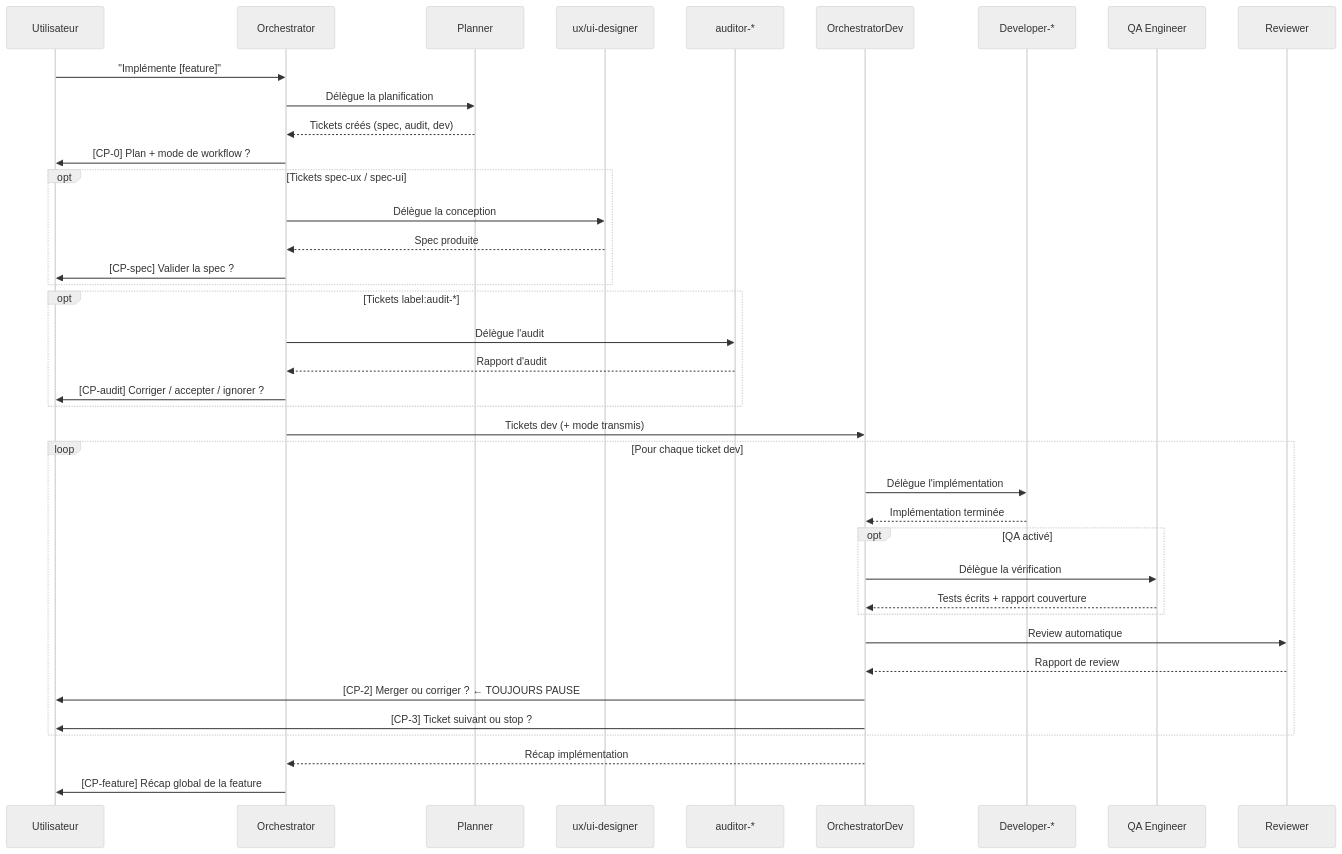
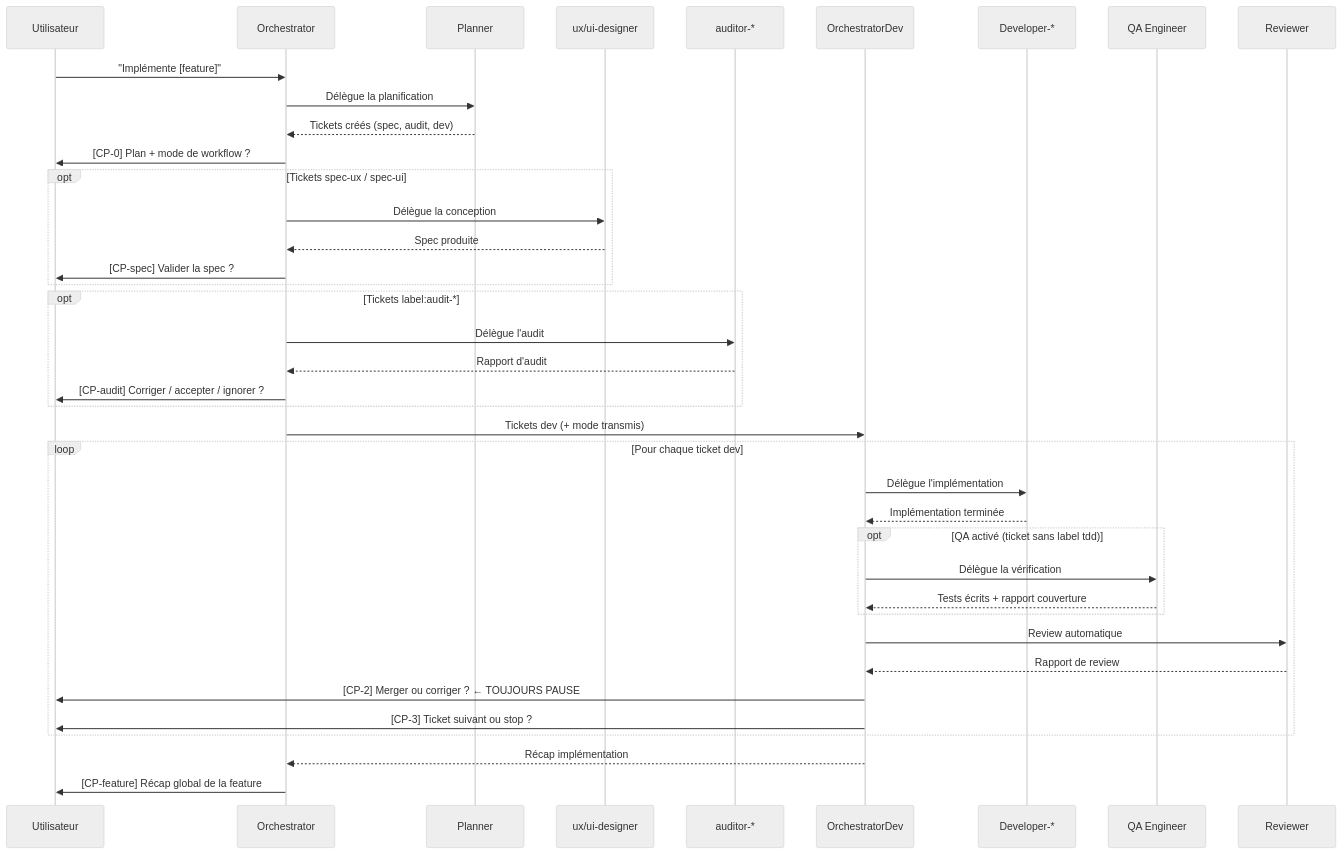
Before and after one commit to datichb/opencode-hub: the second of 3 diagrams in docs/architecture/overview.md, drawn with Mermaid (neutral theme). The commit also changed 5 other files, not shown here.

First line of the commit message:
feat(tdd): support natif du TDD via label de ticket Beads

````diff
--- a/docs/architecture/overview.md
+++ b/docs/architecture/overview.md
@@ -72,46 +72,46 @@
 ```mermaid
 sequenceDiagram
     participant U as Utilisateur
     participant O as Orchestrator
     participant PL as Planner
     participant DS as ux/ui-designer
     participant AU as auditor-*
     participant OD as OrchestratorDev
     participant DEV as Developer-*
     participant QA as QA Engineer
     participant R as Reviewer
 
     U->>O: "Implémente [feature]"
     O->>PL: Délègue la planification
     PL-->>O: Tickets créés (spec, audit, dev)
     O->>U: [CP-0] Plan + mode de workflow ?
 
     opt Tickets spec-ux / spec-ui
         O->>DS: Délègue la conception
         DS-->>O: Spec produite
         O->>U: [CP-spec] Valider la spec ?
     end
 
     opt Tickets label:audit-*
         O->>AU: Délègue l'audit
         AU-->>O: Rapport d'audit
         O->>U: [CP-audit] Corriger / accepter / ignorer ?
     end
 
     O->>OD: Tickets dev (+ mode transmis)
     loop Pour chaque ticket dev
         OD->>DEV: Délègue l'implémentation
         DEV-->>OD: Implémentation terminée
-        opt QA activé
+        opt QA activé (ticket sans label tdd)
             OD->>QA: Délègue la vérification
             QA-->>OD: Tests écrits + rapport couverture
         end
         OD->>R: Review automatique
         R-->>OD: Rapport de review
         OD->>U: [CP-2] Merger ou corriger ? ← TOUJOURS PAUSE
         OD->>U: [CP-3] Ticket suivant ou stop ?
     end
     OD-->>O: Récap implémentation
 
     O->>U: [CP-feature] Récap global de la feature
 ```
````
